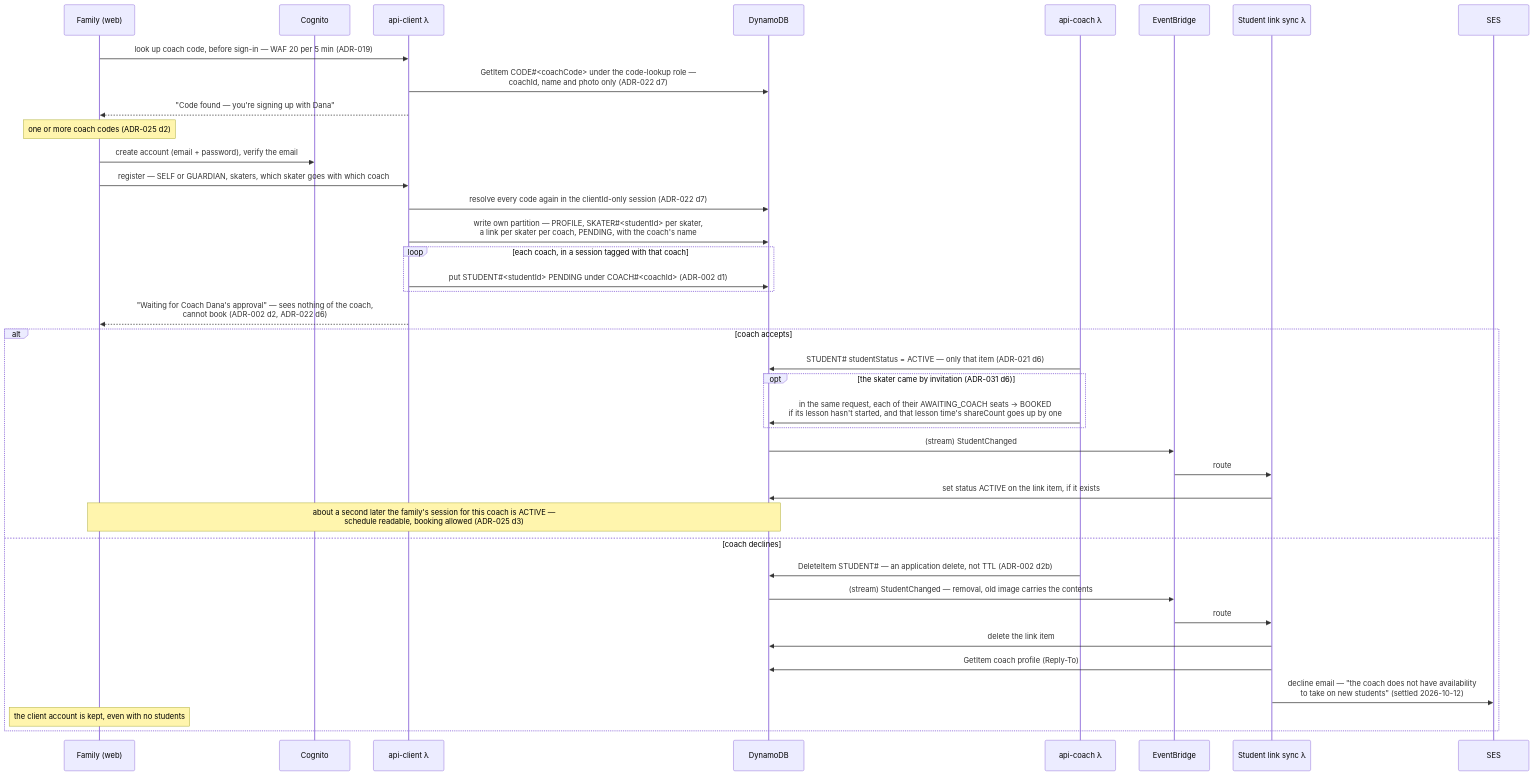
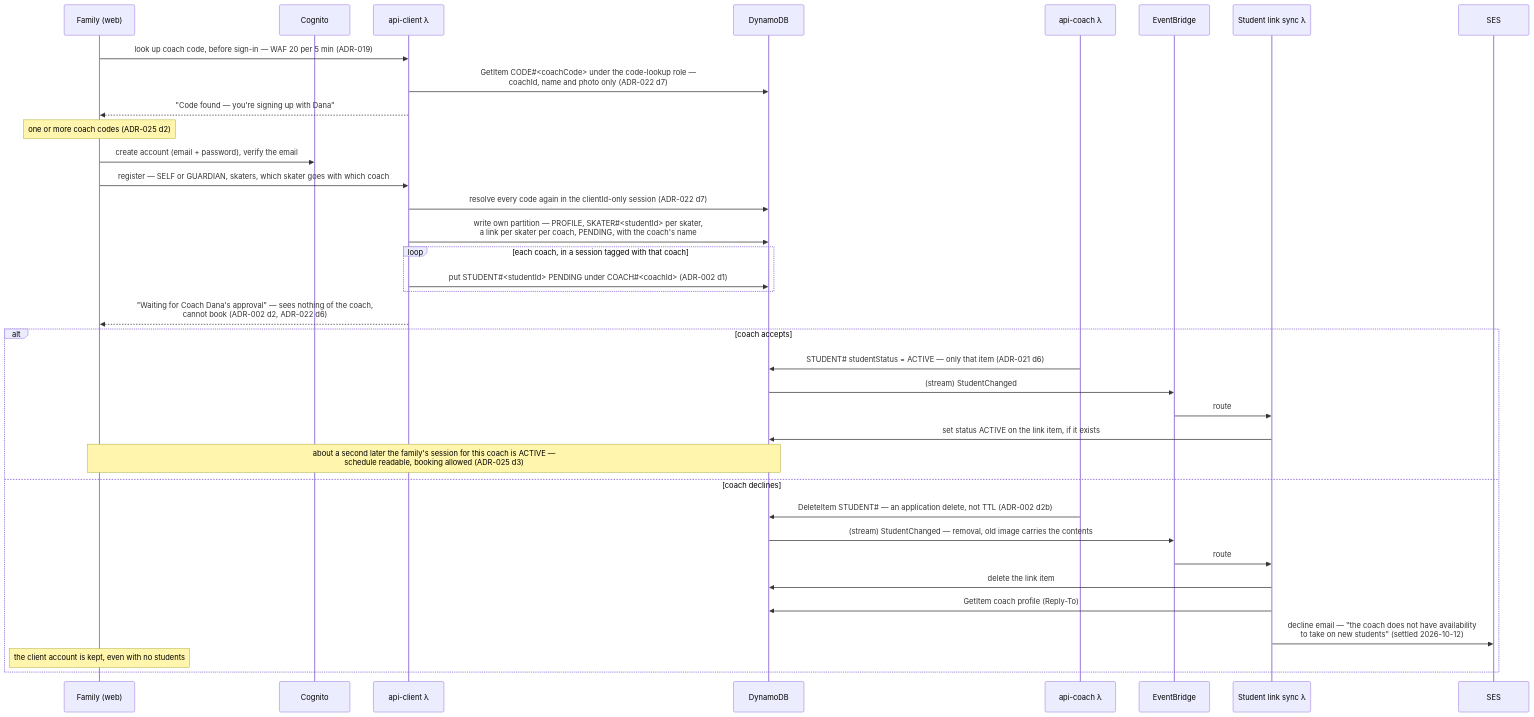
Diagram 17 of 29 in docs/architecture.md (jessicamvega6/bladebook), drawn with Mermaid before and after one commit. The commit also changed other lines of this file and 32 other files, not shown here.

First line of the commit message:
Bring docs and diagrams in line with ADR-033 and today's decisions

````diff
--- a/docs/architecture.md
+++ b/docs/architecture.md
@@ -1359,41 +1357,38 @@
 ```mermaid
 sequenceDiagram
     participant F as Family (web)
     participant Cog as Cognito
     participant API as api-client λ
     participant DB as DynamoDB
     participant AC as api-coach λ
     participant Bus as EventBridge
     participant SL as Student link sync λ
     participant SES as SES
     F->>API: look up coach code, before sign-in — WAF 20 per 5 min (ADR-019)
     API->>DB: GetItem CODE#35;<coachCode> under the code-lookup role —<br/>coachId, name and photo only (ADR-022 d7)
     API-->>F: "Code found — you're signing up with Dana"
     Note over F: one or more coach codes (ADR-025 d2)
     F->>Cog: create account (email + password), verify the email
     F->>API: register — SELF or GUARDIAN, skaters, which skater goes with which coach
     API->>DB: resolve every code again in the clientId-only session (ADR-022 d7)
     API->>DB: write own partition — PROFILE, SKATER#35;<studentId> per skater,<br/>a link per skater per coach, PENDING, with the coach's name
     loop each coach, in a session tagged with that coach
         API->>DB: put STUDENT#35;<studentId> PENDING under COACH#35;<coachId> (ADR-002 d1)
     end
     API-->>F: "Waiting for Coach Dana's approval" — sees nothing of the coach,<br/>cannot book (ADR-002 d2, ADR-022 d6)
     alt coach accepts
         AC->>DB: STUDENT#35; studentStatus = ACTIVE — only that item (ADR-021 d6)
-        opt the skater came by invitation (ADR-031 d6)
-            AC->>DB: in the same request, each of their AWAITING_COACH seats → BOOKED<br/>if its lesson hasn't started, and that lesson time's shareCount goes up by one
-        end
         DB->>Bus: (stream) StudentChanged
         Bus->>SL: route
         SL->>DB: set status ACTIVE on the link item, if it exists
         Note over F,DB: about a second later the family's session for this coach is ACTIVE —<br/>schedule readable, booking allowed (ADR-025 d3)
     else coach declines
         AC->>DB: DeleteItem STUDENT#35; — an application delete, not TTL (ADR-002 d2b)
         DB->>Bus: (stream) StudentChanged — removal, old image carries the contents
         Bus->>SL: route
         SL->>DB: delete the link item
         SL->>DB: GetItem coach profile (Reply-To)
         SL->>SES: decline email — "the coach does not have availability<br/>to take on new students" (settled 2026-10-12)
         Note over F: the client account is kept, even with no students
     end
 ```
````
